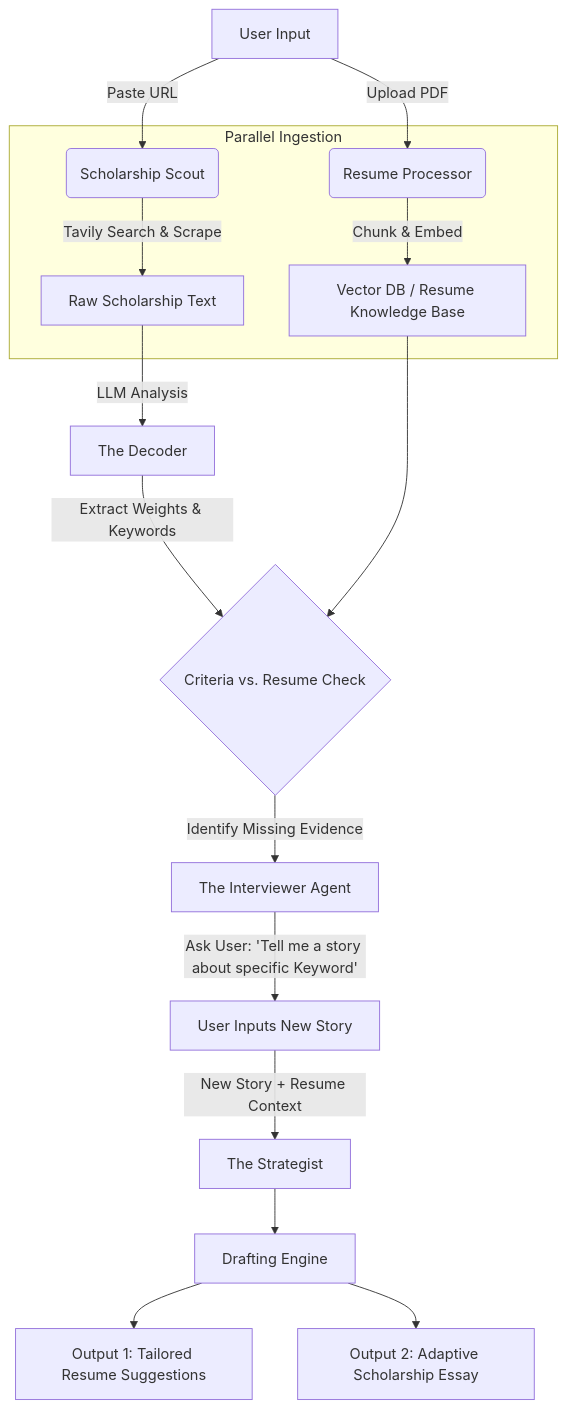
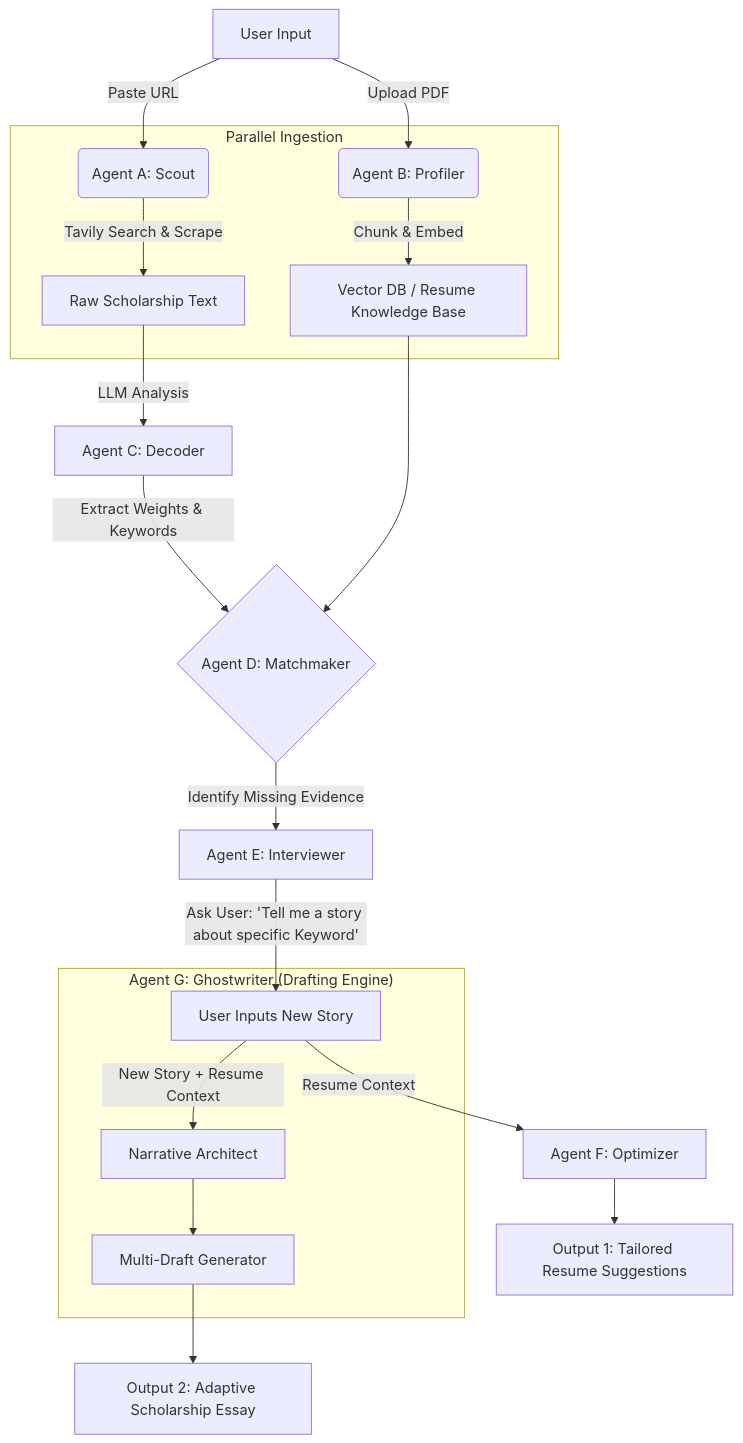
Before and after one commit to HarmanPreet-Singh-XYT/Anthropic_Hackathon_2025: the diagram in agentic_map.md, drawn with Mermaid. The commit also changed 8 other files, not shown here.

````diff
--- a/agentic_map.md
+++ b/agentic_map.md
@@ -1,28 +1,33 @@
 ```mermaid
 graph TD
-    A[User Input] -->|Upload PDF| B(Resume Processor)
-    A -->|Paste URL| C(Scholarship Scout)
+    A[User Input] -->|Upload PDF| B(Agent B: Profiler)
+    A -->|Paste URL| C(Agent A: Scout)
     
     %% Parallel Processes
     subgraph "Parallel Ingestion"
     B -->|Chunk & Embed| D[Vector DB / Resume Knowledge Base]
     C -->|Tavily Search & Scrape| E[Raw Scholarship Text]
     end
     
     %% Analysis
-    E -->|LLM Analysis| F[The Decoder]
-    F -->|Extract Weights & Keywords| G{Criteria vs. Resume Check}
+    E -->|LLM Analysis| F[Agent C: Decoder]
+    F -->|Extract Weights & Keywords| G{Agent D: Matchmaker}
     D --> G
     
     %% The Critical Innovation Step
-    G -->|Identify Missing Evidence| H[The Interviewer Agent]
+    G -->|Identify Missing Evidence| H[Agent E: Interviewer]
     H -->|Ask User: 'Tell me a story about specific Keyword'| I[User Inputs New Story]
     
     %% Generation
-    I -->|New Story + Resume Context| J[The Strategist]
-    J --> K[Drafting Engine]
+    subgraph "Agent G: Ghostwriter (Drafting Engine)"
+    I -->|New Story + Resume Context| J[Narrative Architect]
+    J --> K[Multi-Draft Generator]
+    end
+
+    %% Resume Optimization
+    I -->|Resume Context| L[Agent F: Optimizer]
     
     %% Final Outputs
-    K --> L[Output 1: Tailored Resume Suggestions]
-    K --> M[Output 2: Adaptive Scholarship Essay]
+    L --> M[Output 1: Tailored Resume Suggestions]
+    K --> N[Output 2: Adaptive Scholarship Essay]
 ```
````
